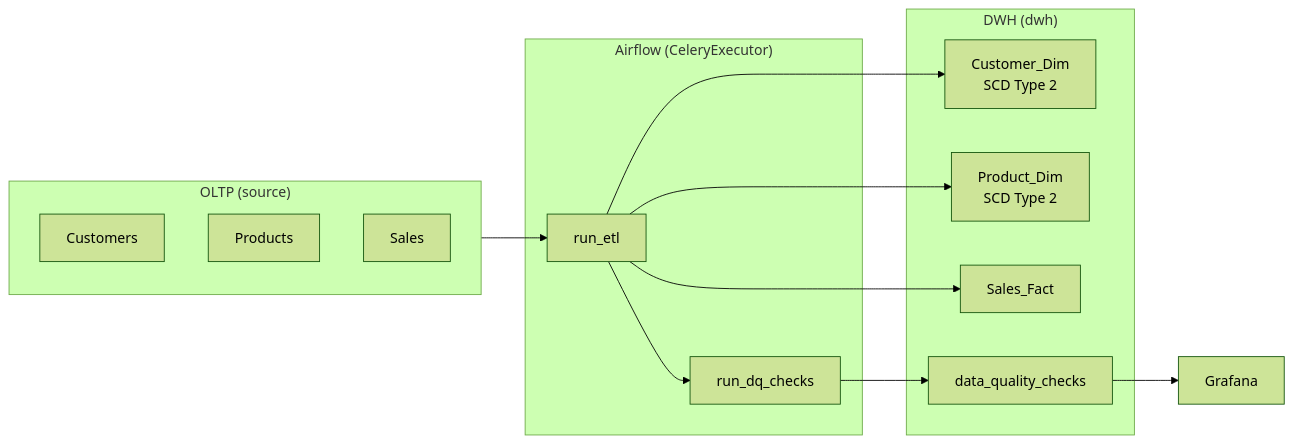
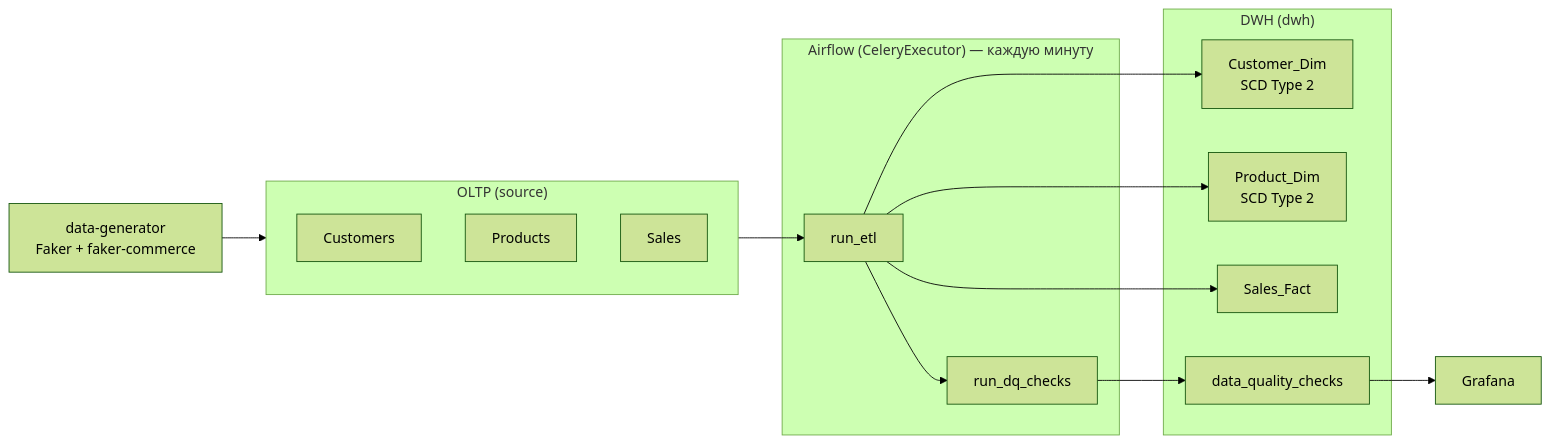
Before and after one commit to Asterrus/etl_cicd: the diagram in README.md, drawn with Mermaid (forest theme). The commit also changed other lines of this file and 13 other files, not shown here.

Commit message:
add data generator

````diff
--- a/README.md
+++ b/README.md
@@ -7,29 +7,31 @@
 ```mermaid
 flowchart LR
+    GEN[data-generator\nFaker + faker-commerce]
+
     subgraph source["OLTP (source)"]
         C[Customers]
         P[Products]
         S[Sales]
     end
 
-    subgraph airflow["Airflow (CeleryExecutor)"]
+    subgraph airflow["Airflow (CeleryExecutor) — каждую минуту"]
         ETL[run_etl]
         DQ[run_dq_checks]
         ETL --> DQ
     end
 
     subgraph dwh["DWH (dwh)"]
         CD[Customer_Dim\nSCD Type 2]
         PD[Product_Dim\nSCD Type 2]
         SF[Sales_Fact]
         DQT[data_quality_checks]
     end
 
+    GEN --> source
     source --> ETL
     ETL --> CD
     ETL --> PD
     ETL --> SF
     DQ --> DQT
-
     DQT --> Grafana
 ```
````
